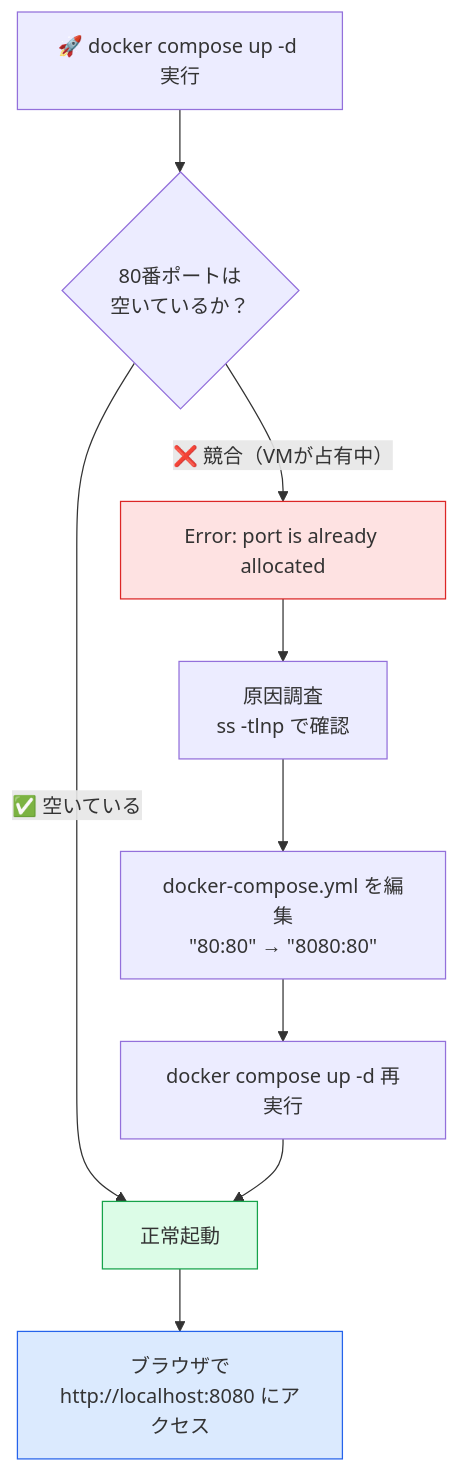
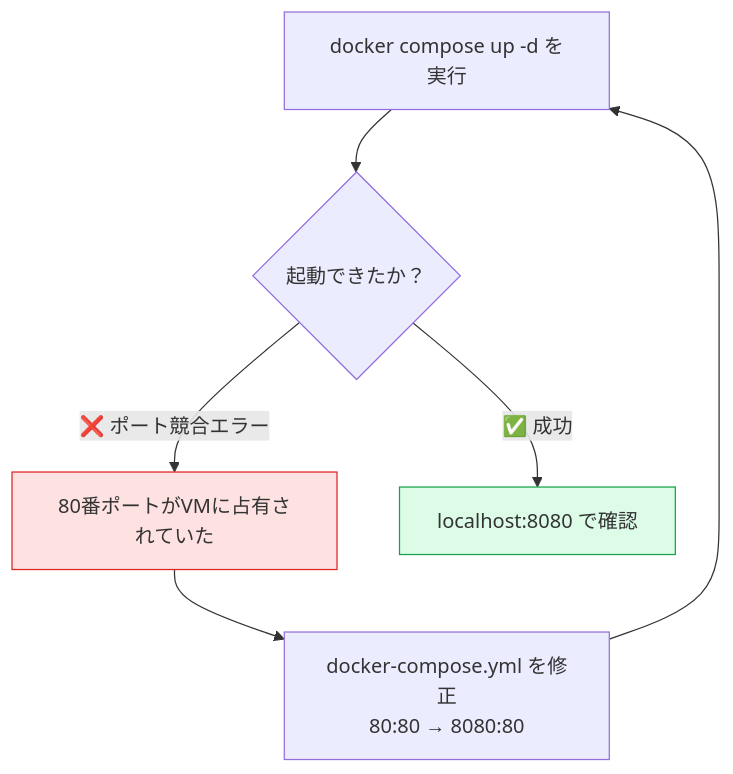
One commit to syo-go5530/nginx-docker-portfolio changed the second of 6 diagrams in DIAGRAMS.md. Above: the diagram before and after it, drawn with Mermaid. The commit also changed other lines of this file, not shown here.

````diff
--- a/DIAGRAMS.md
+++ b/DIAGRAMS.md
@@ -45,17 +29,12 @@
 ```mermaid
 flowchart TD
-    A["🚀 docker compose up -d 実行"] --> B{"80番ポートは\n空いているか？"}
-    B -->|"❌ 競合（VMが占有中）"| C["Error: port is already allocated"]
-    B -->|"✅ 空いている"| G["正常起動"]
+    A["docker compose up -d を実行"] --> B{"起動できたか？"}
+    B -->|"❌ ポート競合エラー"| C["80番ポートがVMに占有されていた"]
+    B -->|"✅ 成功"| E["localhost:8080 で確認"]
 
-    C --> D["原因調査\nss -tlnp で確認"]
-    D --> E["docker-compose.yml を編集\n&quot;80:80&quot; → &quot;8080:80&quot;"]
-    E --> F["docker compose up -d 再実行"]
-    F --> G
-
-    G --> H["ブラウザで\nhttp://localhost:8080 にアクセス"]
+    C --> D["docker-compose.yml を修正\n80:80 → 8080:80"]
+    D --> A
 
     style C fill:#fee2e2,stroke:#dc2626
-    style G fill:#dcfce7,stroke:#16a34a
-    style H fill:#dbeafe,stroke:#2563eb
+    style E fill:#dcfce7,stroke:#16a34a
 ```
````
